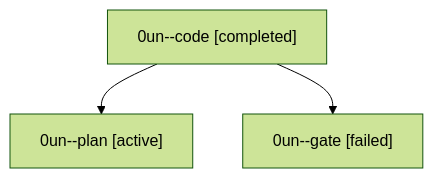
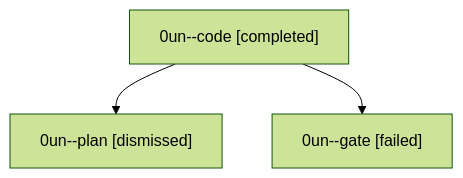
One commit to bobs-org/bob-cli--agents changed the diagram in sessions/bbugyi200.athena.0un.md. Above: the diagram before and after it, drawn with Mermaid (forest theme). The commit also changed other lines of this file and 33 other files, not shown here.

````diff
--- a/sessions/bbugyi200.athena.0un.md
+++ b/sessions/bbugyi200.athena.0un.md
@@ -9,8 +9,8 @@
 ```mermaid
 flowchart TD
   n0["0un--code [completed]"]
-  n1["0un--plan [active]"]
+  n1["0un--plan [dismissed]"]
   n0 --> n1
   n2["0un--gate [failed]"]
   n0 --> n2
 ```
````
